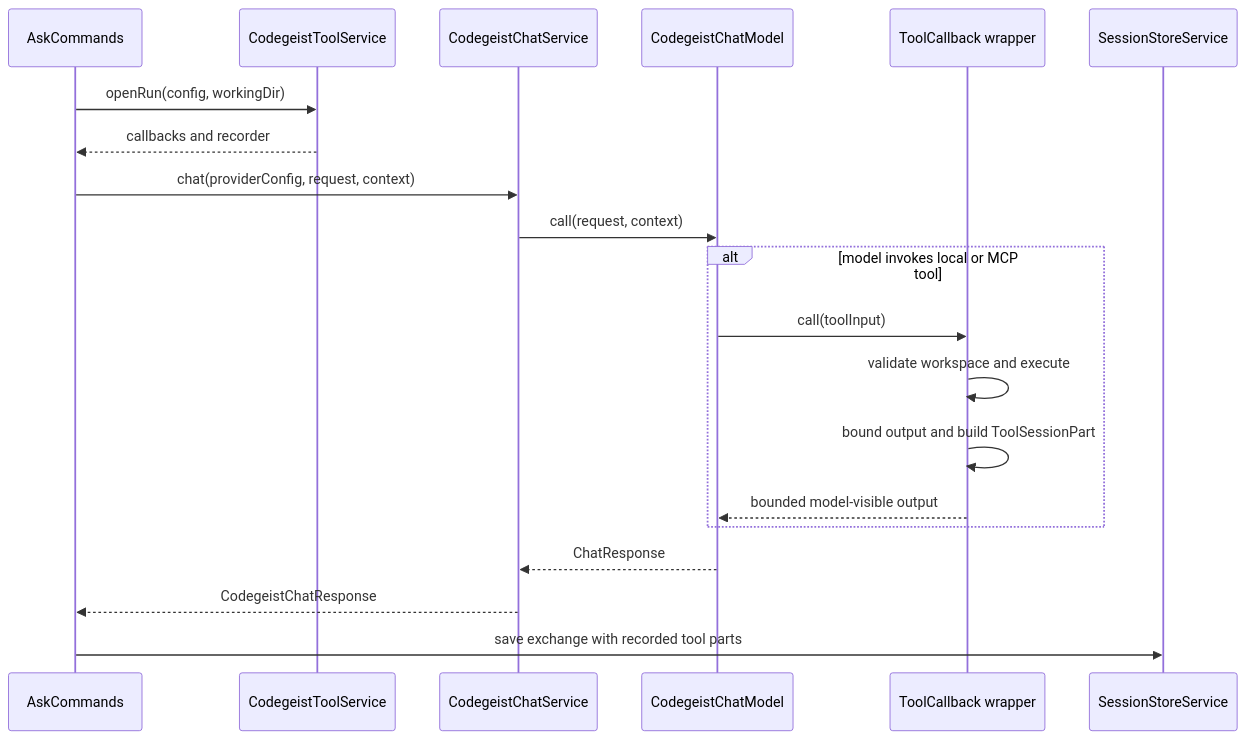
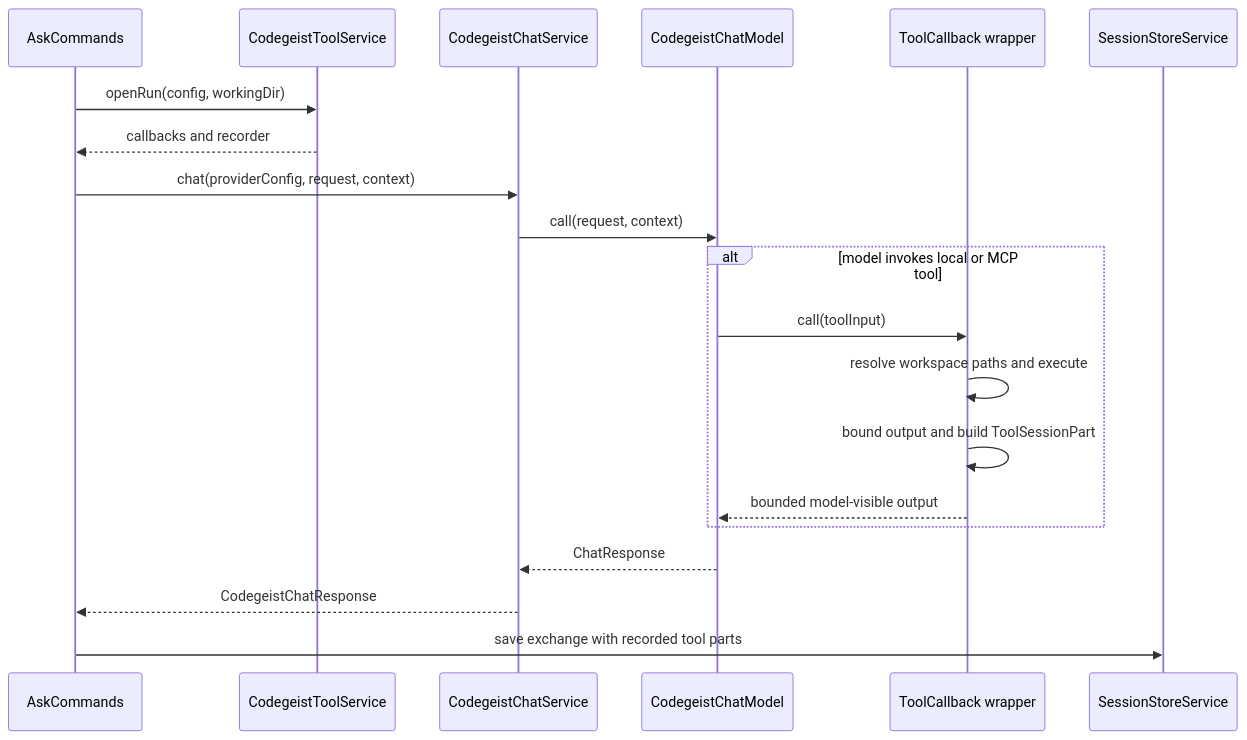
The second of 2 diagrams in docs/tasks/T007_build-codegeist-runtime-harness/mcp-and-readwrite-tools-spec.md (codegeist-ai/codegeist), drawn with Mermaid before and after one commit. The commit also changed other lines of this file and 46 other files, not shown here.

````diff
--- a/docs/tasks/T007_build-codegeist-runtime-harness/mcp-and-readwrite-tools-spec.md
+++ b/docs/tasks/T007_build-codegeist-runtime-harness/mcp-and-readwrite-tools-spec.md
@@ -490,23 +487,23 @@
 ```mermaid
 sequenceDiagram
     participant Ask as AskCommands
     participant Tools as CodegeistToolService
     participant Chat as CodegeistChatService
     participant Model as CodegeistChatModel
     participant Callback as ToolCallback wrapper
     participant Store as SessionStoreService
 
     Ask->>Tools: openRun(config, workingDir)
     Tools-->>Ask: callbacks and recorder
     Ask->>Chat: chat(providerConfig, request, context)
     Chat->>Model: call(request, context)
     alt model invokes local or MCP tool
         Model->>Callback: call(toolInput)
-        Callback->>Callback: validate workspace and execute
+        Callback->>Callback: resolve workspace paths and execute
         Callback->>Callback: bound output and build ToolSessionPart
         Callback-->>Model: bounded model-visible output
     end
     Model-->>Chat: ChatResponse
     Chat-->>Ask: CodegeistChatResponse
     Ask->>Store: save exchange with recorded tool parts
 ```
````
